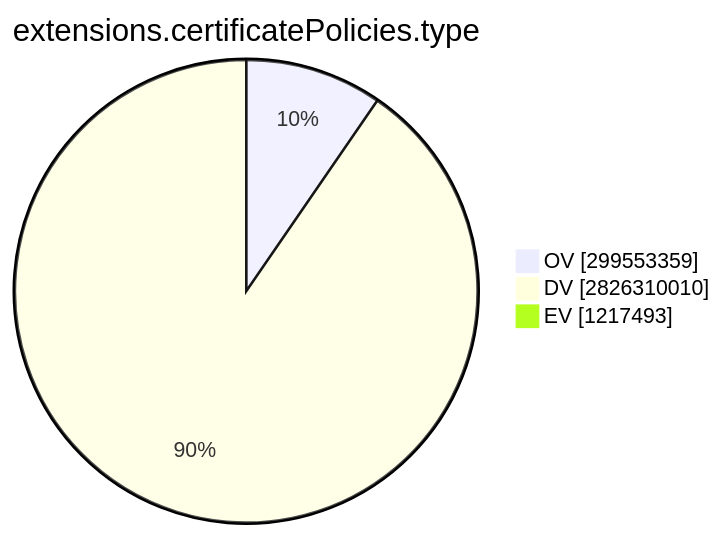
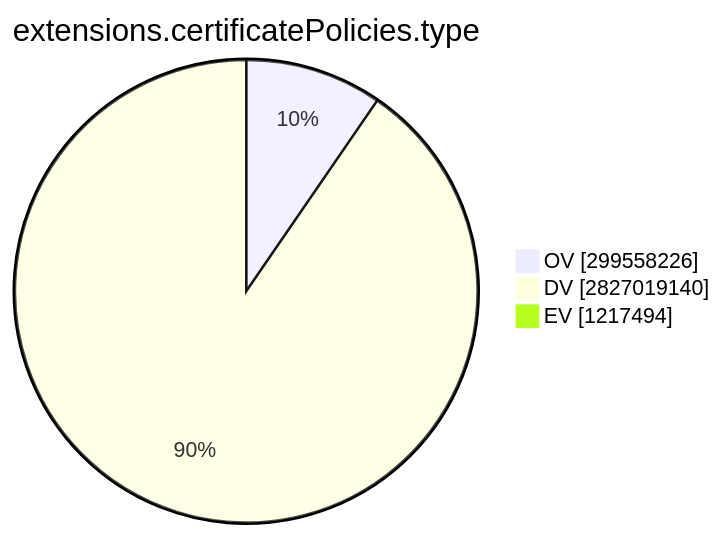
Before and after one commit to christiankrug/ctmonitor_visualization: the ninth of 15 diagrams in TOTAL/README.md, drawn with Mermaid. The commit also changed other lines of this file, not shown here.

````diff
--- a/TOTAL/README.md
+++ b/TOTAL/README.md
@@ -3101,7 +3101,7 @@
 ```mermaid
 pie showData
 title extensions.certificatePolicies.type
-"OV" :299553359
-"DV" :2826310010
-"EV" :1217493
+"OV" :299558226
+"DV" :2827019140
+"EV" :1217494
 ```
````
